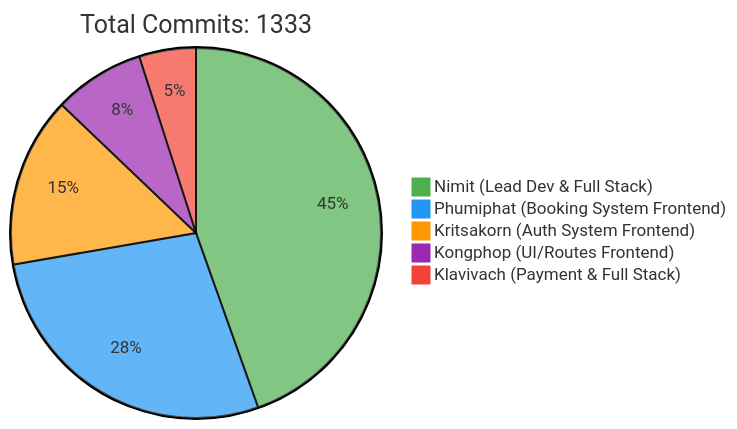
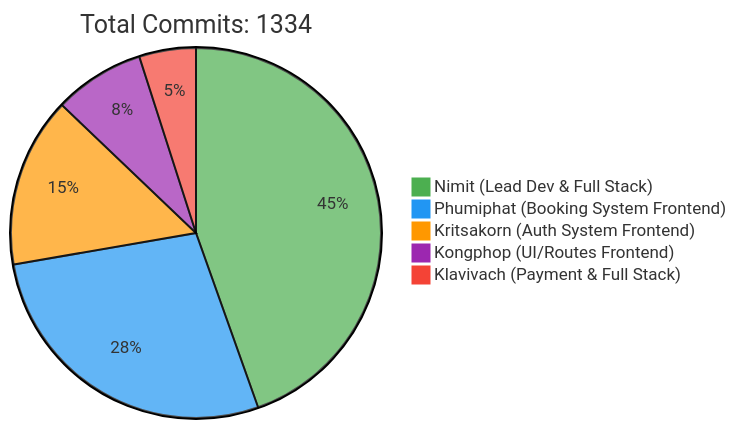
The first of 2 diagrams in README.md (6531503042/Sport-Complex), drawn with Mermaid before and after one commit. The commit also changed other lines of this file, not shown here.

Commit message:
docs: Update contributor statistics [skip ci]

````diff
--- a/README.md
+++ b/README.md
@@ -257,10 +257,10 @@
 ```mermaid
 %%{init: {'theme': 'base', 'themeVariables': { 'pie1': '#4CAF50', 'pie2': '#2196F3', 'pie3': '#FF9800', 'pie4': '#9C27B0', 'pie5': '#F44336'}}}%%
 pie
-    title Total Commits: 1333
+    title Total Commits: 1334
     "Nimit (Lead Dev & Full Stack)" : 450
     "Phumiphat (Booking System Frontend)" : 280
     "Kritsakorn (Auth System Frontend)" : 150
     "Kongphop (UI/Routes Frontend)" : 80
     "Klavivach (Payment & Full Stack)" : 50
 ```
````
